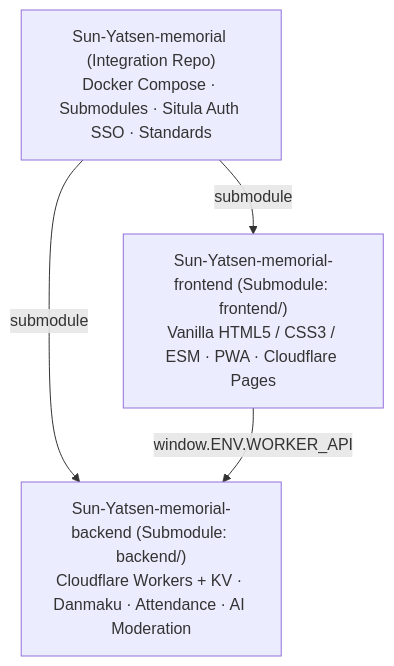
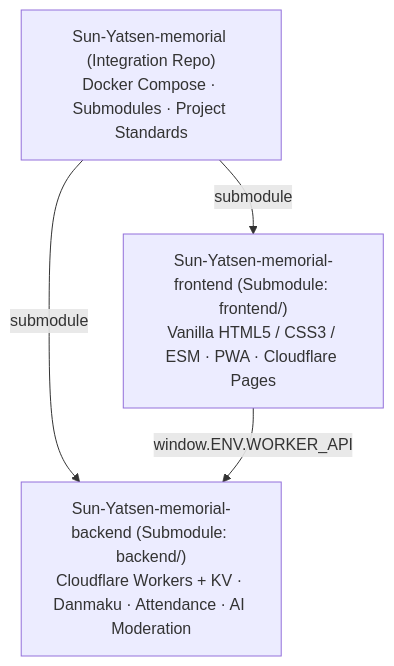
Before and after one commit to Aquarius-Situla/Sun-Yatsen-memorial: the diagram in README.md, drawn with Mermaid. The commit also changed other lines of this file, not shown here.

Commit message:
docs: remove private Situla-Auth SSO section from README

````diff
--- a/README.md
+++ b/README.md
@@ -11,9 +11,9 @@
 ```mermaid
 flowchart TB
-    Root["Sun-Yatsen-memorial (Integration Repo)<br/>Docker Compose · Submodules · Situla Auth SSO · Standards"]
+    Root["Sun-Yatsen-memorial (Integration Repo)<br/>Docker Compose · Submodules · Project Standards"]
     FE["Sun-Yatsen-memorial-frontend (Submodule: frontend/)<br/>Vanilla HTML5 / CSS3 / ESM · PWA · Cloudflare Pages"]
     BE["Sun-Yatsen-memorial-backend (Submodule: backend/)<br/>Cloudflare Workers + KV · Danmaku · Attendance · AI Moderation"]
     Root -->|submodule| FE
     Root -->|submodule| BE
     FE -->|window.ENV.WORKER_API| BE
 ```
````
